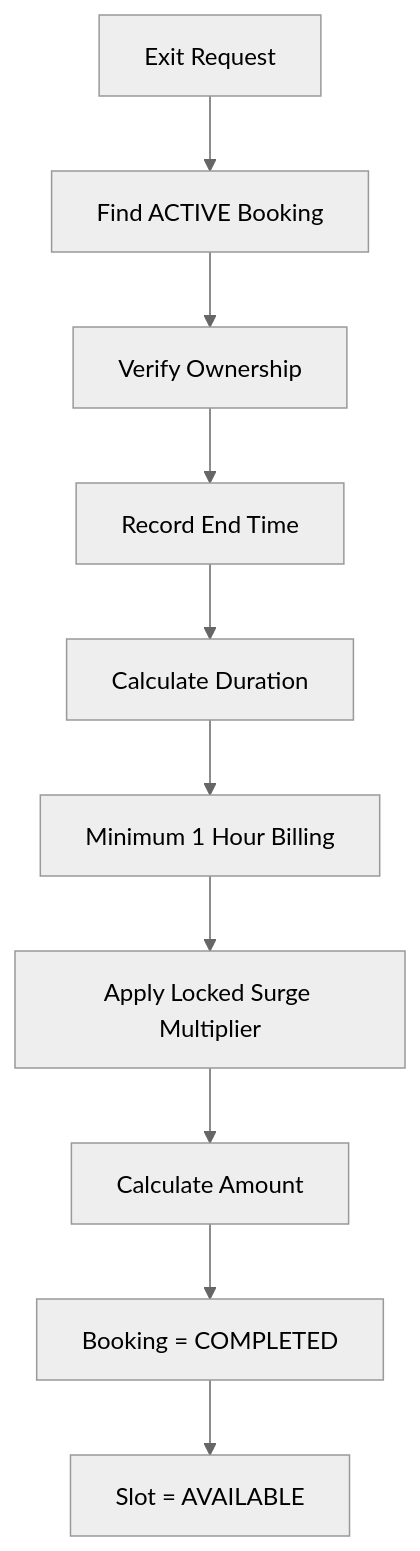
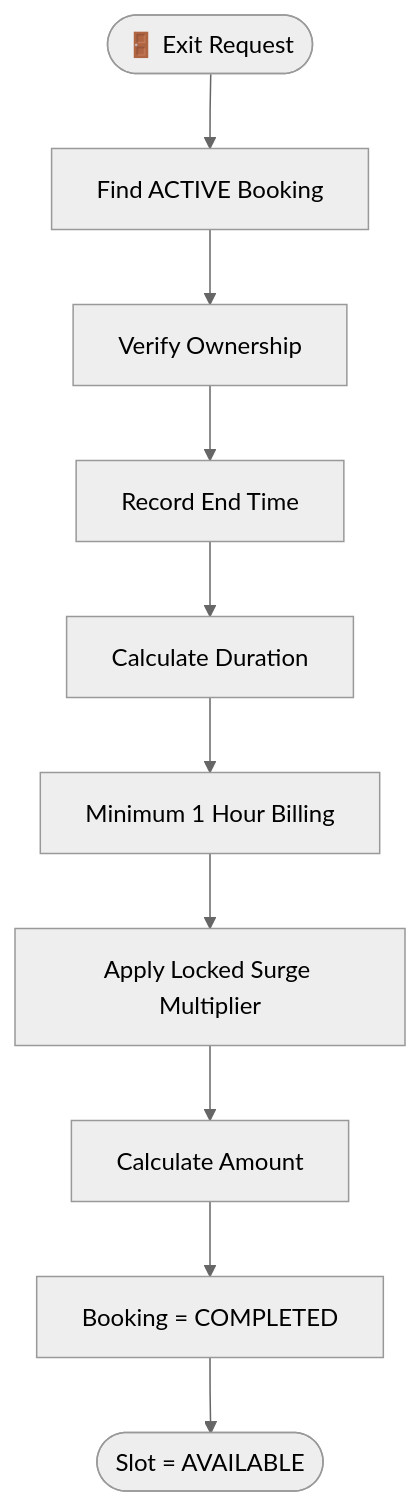
Before and after one commit to Sahil2u47/smart_parking_system: the eighth of 12 diagrams in README.md, drawn with Mermaid (neutral theme). The commit also changed other lines of this file, not shown here.

````diff
--- a/README.md
+++ b/README.md
@@ -258,12 +341,12 @@
 ```mermaid
 flowchart TD
-    A[Exit Request] --> B[Find ACTIVE Booking]
-    B --> C[Verify Ownership]
-    C --> D[Record End Time]
-    D --> E[Calculate Duration]
-    E --> F[Minimum 1 Hour Billing]
-    F --> G[Apply Locked Surge Multiplier]
-    G --> H[Calculate Amount]
-    H --> I[Booking = COMPLETED]
-    I --> J[Slot = AVAILABLE]
+    A(["🚪 Exit Request"]) --> B["Find ACTIVE Booking"]
+    B --> C["Verify Ownership"]
+    C --> D["Record End Time"]
+    D --> E["Calculate Duration"]
+    E --> F["Minimum 1 Hour Billing"]
+    F --> G["Apply Locked Surge Multiplier"]
+    G --> H["Calculate Amount"]
+    H --> I["Booking = COMPLETED"]
+    I --> J(["Slot = AVAILABLE"])
 ```
````
